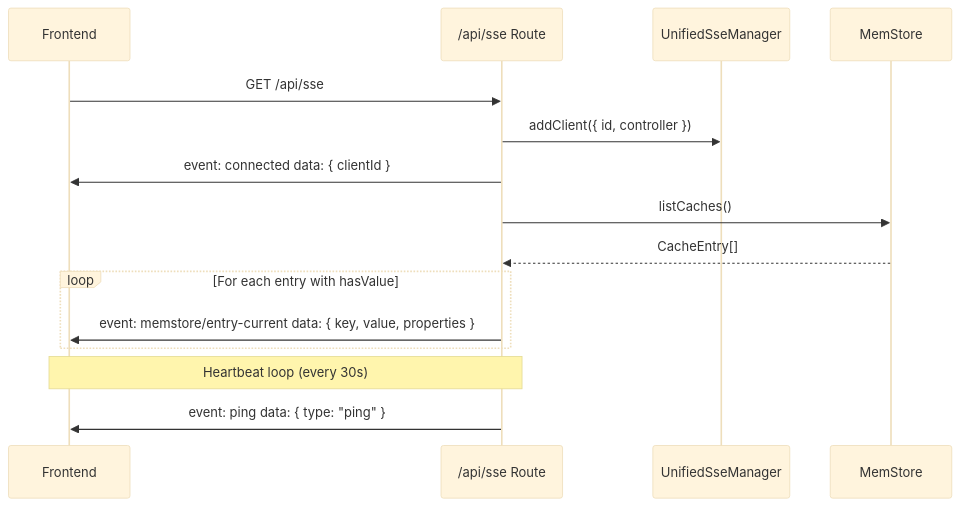
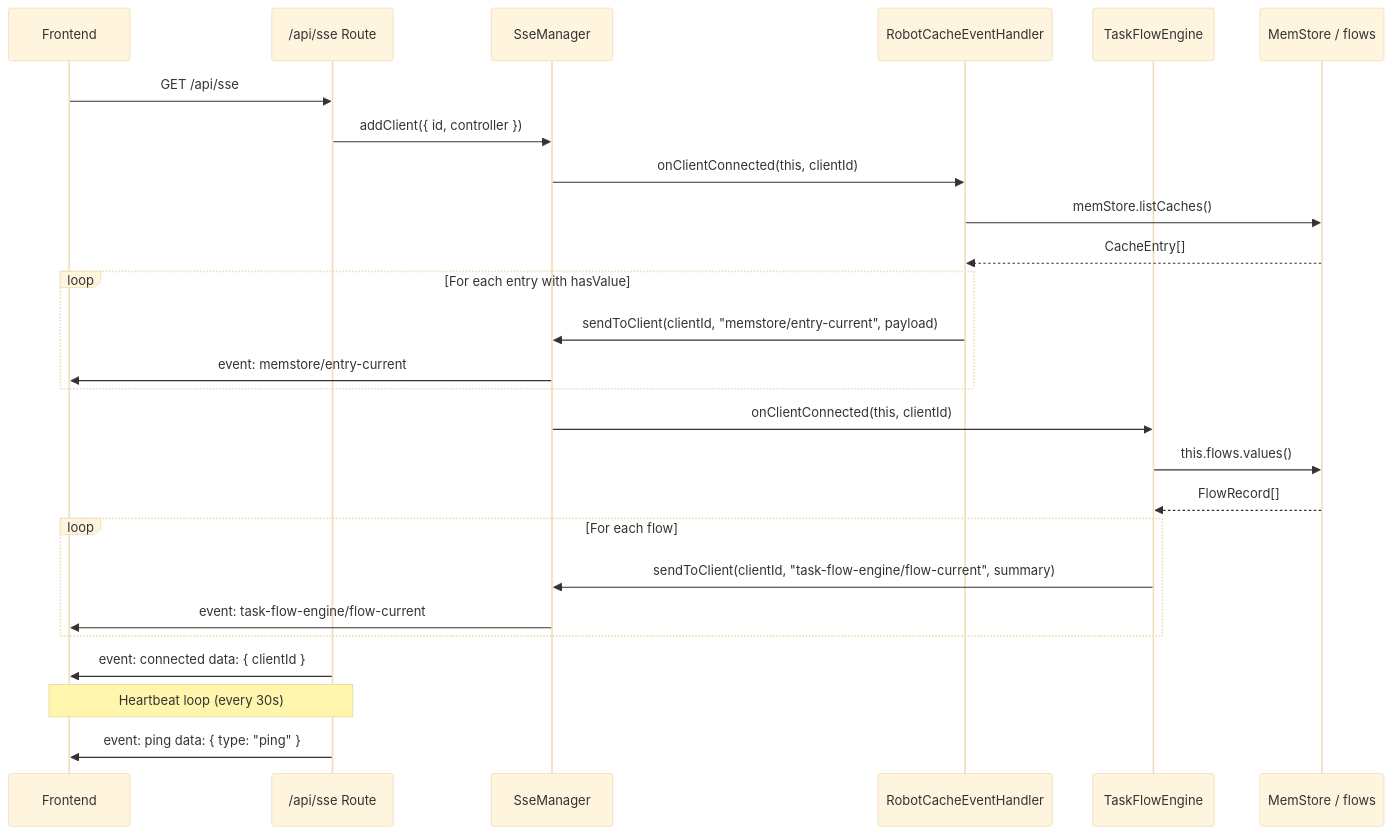
One commit to etrita005/syrius-robotops changed the first of 5 diagrams in documents/design/sse-manager.md. Above: the diagram before and after it, drawn with Mermaid (base theme). The commit also changed other lines of this file and 19 other files, not shown here.

First line of the commit message:
refactor: add ISseManagerEventHandler interface, fix Robot Details SSE subscriptions

````diff
--- a/documents/design/sse-manager.md
+++ b/documents/design/sse-manager.md
@@ -330,21 +410,33 @@
 ```mermaid
 sequenceDiagram
     participant Client as Frontend
     participant Route as /api/sse Route
-    participant SSE as UnifiedSseManager
-    participant MemStore as MemStore
+    participant SSE as SseManager
+    participant H1 as RobotCacheEventHandler
+    participant H2 as TaskFlowEngine
+    participant Store as MemStore / flows
 
     Client->>Route: GET /api/sse
     Route->>SSE: addClient({ id, controller })
+
+    SSE->>H1: onClientConnected(this, clientId)
+    H1->>Store: memStore.listCaches()
+    Store-->>H1: CacheEntry[]
+    loop For each entry with hasValue
+        H1->>SSE: sendToClient(clientId, "memstore/entry-current", payload)
+        SSE->>Client: event: memstore/entry-current
+    end
+
+    SSE->>H2: onClientConnected(this, clientId)
+    H2->>Store: this.flows.values()
+    Store-->>H2: FlowRecord[]
+    loop For each flow
+        H2->>SSE: sendToClient(clientId, "task-flow-engine/flow-current", summary)
+        SSE->>Client: event: task-flow-engine/flow-current
+    end
+
     Route->>Client: event: connected data: { clientId }
-
-    Route->>MemStore: listCaches()
-    MemStore-->>Route: CacheEntry[]
-
-    loop For each entry with hasValue
-        Route->>Client: event: memstore/entry-current data: { key, value, properties }
-    end
 
     Note over Client,Route: Heartbeat loop (every 30s)
     Route->>Client: event: ping data: { type: "ping" }
 ```
````
